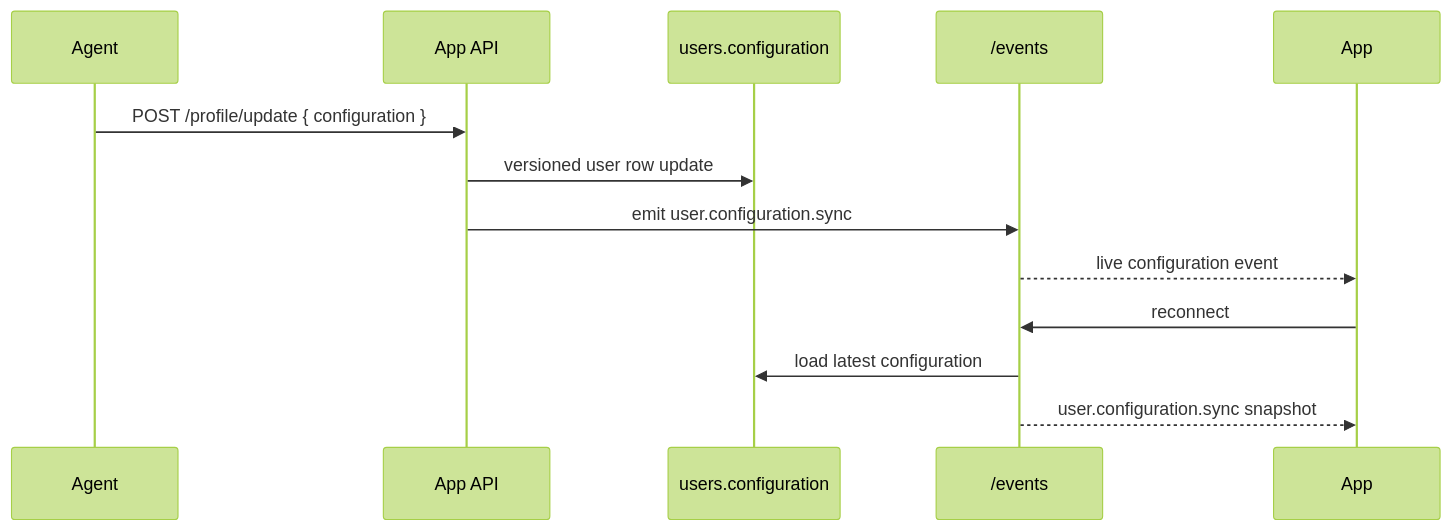
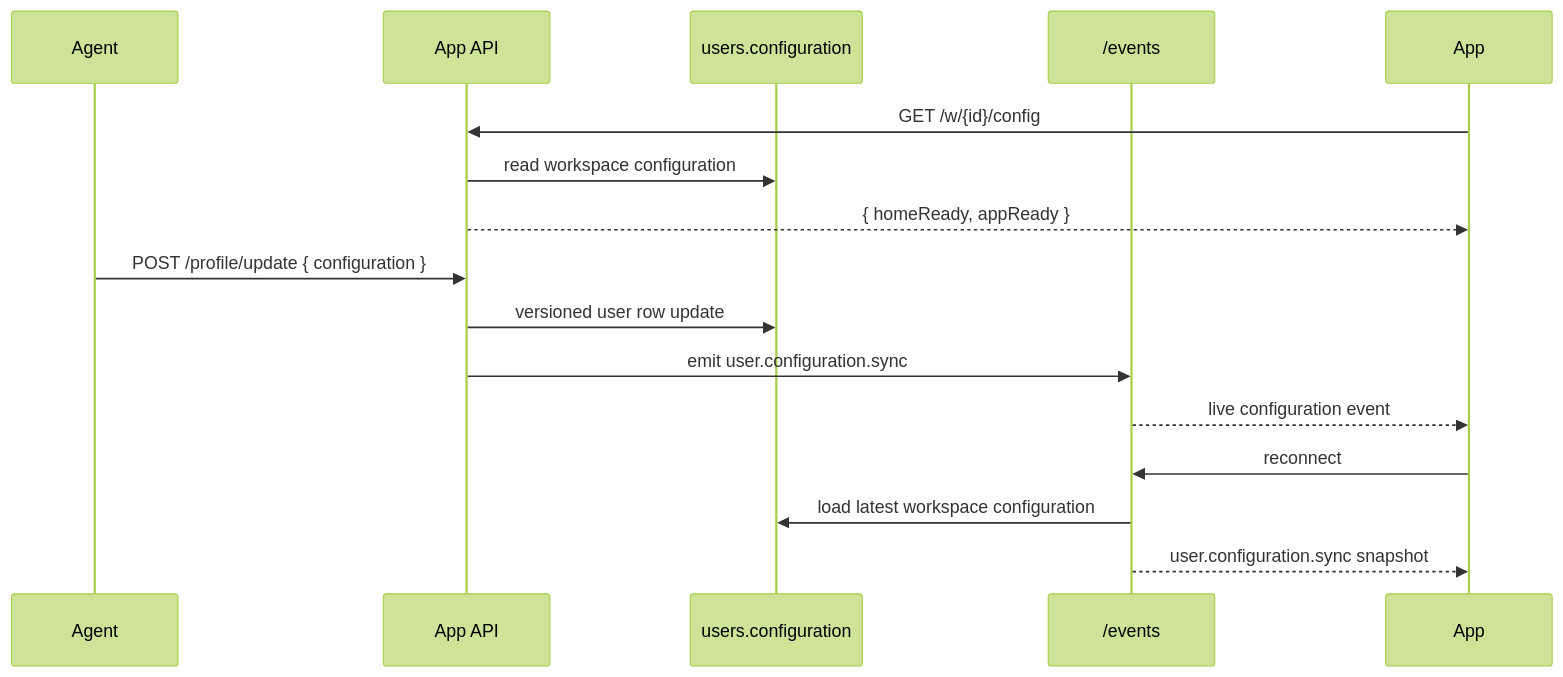
Before and after one commit to ex3ndr/daycare: the diagram in packages/daycare/doc/USER_CONFIGURATION_FLAGS.md, drawn with Mermaid (forest theme). The commit also changed other lines of this file and 16 other files, not shown here.

First line of the commit message:
feat(app): load workspace config flags before rendering, sync via SSE

````diff
--- a/packages/daycare/doc/USER_CONFIGURATION_FLAGS.md
+++ b/packages/daycare/doc/USER_CONFIGURATION_FLAGS.md
@@ -22,16 +32,20 @@
 ```mermaid
 sequenceDiagram
     participant Agent
     participant API as App API
     participant DB as users.configuration
     participant SSE as /events
     participant App
 
+    App->>API: GET /w/{id}/config
+    API->>DB: read workspace configuration
+    API-->>App: { homeReady, appReady }
+
     Agent->>API: POST /profile/update { configuration }
     API->>DB: versioned user row update
     API->>SSE: emit user.configuration.sync
     SSE-->>App: live configuration event
     App->>SSE: reconnect
-    SSE->>DB: load latest configuration
+    SSE->>DB: load latest workspace configuration
     SSE-->>App: user.configuration.sync snapshot
 ```
````
